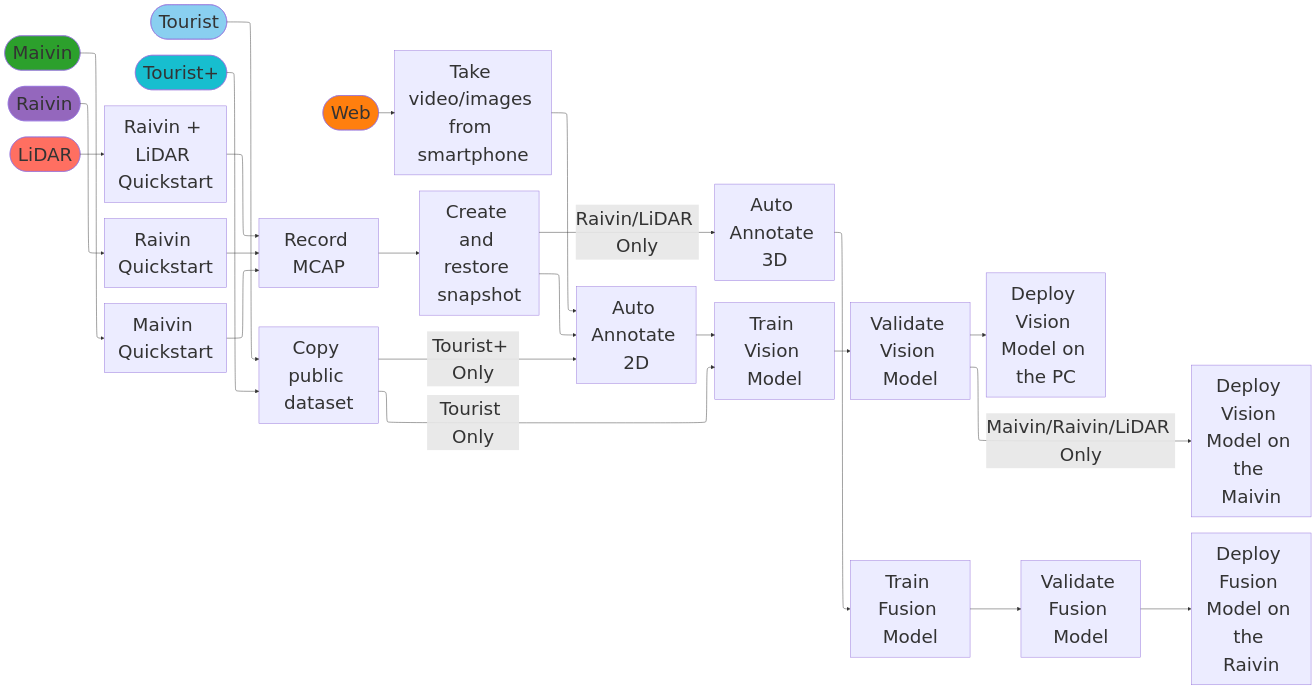
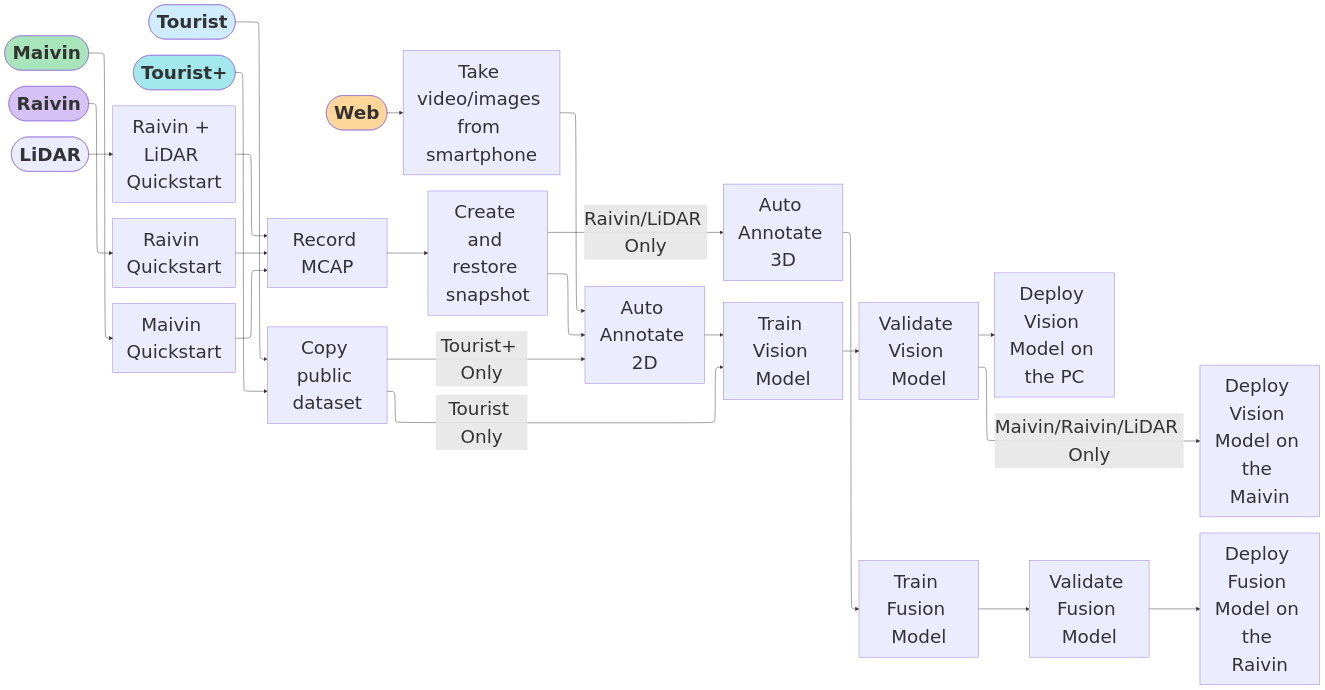
The second of 2 diagrams in docs/getting_started/workflows/index.md (EdgeFirstAI/documentation), drawn with Mermaid before and after one commit. The commit also changed other lines of this file and 1 other file, not shown here.

Commit message:
[DE-1941]: Updated flowchart colors to contrast more with the text to be much more visible.

````diff
--- a/docs/getting_started/workflows/index.md
+++ b/docs/getting_started/workflows/index.md
@@ -74,68 +75,68 @@
 ```mermaid
 %%{init: {"flowchart": {"defaultRenderer": "elk"}} }%%
 %%{init: {"themeVariables": { "fontSize": "40px" }}}%%
 flowchart LR
     %% User Definitions
     tourist([Tourist]):::blue
     tourist_plus([Tourist+]):::teal
     web_user([Web]):::orange
     maivin_user([Maivin]):::green
     raivin_user([Raivin]):::purple
     raivin_lidar_user([LiDAR]):::coral
 
-    classDef blue fill:#89cff0;
-    classDef teal fill:#17becf;
-    classDef orange fill:#ff7f0e;
-    classDef green fill:#2ca02c;
-    classDef purple fill:#9467bd;
-    classDef coral fill:#ff6f61;
-    classDef all fill:#CBAACB;
+    classDef blue fill:#d0ecff,font-weight:bold;
+    classDef teal fill:#a2e8ed,font-weight:bold;
+    classDef orange fill:#ffd699,font-weight:bold;
+    classDef green fill:#a9e5bb,font-weight:bold;
+    classDef purple fill:#d6c1f5,font-weight:bold;
+    classDef coral fill:#ffc2b,font-weight:bold;
+    classDef all fill:#f0e6f5,font-weight:bold;
 
     %% Hardware Definitions
     raivin_lidar_hardware[Raivin + LiDAR Quickstart]
     raivin_hardware[Raivin Quickstart]
     maivin_hardware[Maivin Quickstart]
 
     %% Dataset Definitions
     record_mcap[Record MCAP]
     capture[Take video/images from smartphone]
     snapshot[Create and restore snapshot]
     copy_dataset[Copy public dataset]
     audit_3d[Auto Annotate 3D]
     audit_2d[Auto Annotate 2D]
 
     %% Model Definitions [train, validate, deploy 2D and 3D]
     train_2d[Train Vision Model]
     validate_2d[Validate Vision Model]
     jupyter_2d[Deploy Vision Model on the PC]
     maivin_2d[Deploy Vision Model on the Maivin]
 
     train_3d[Train Fusion Model]
     validate_3d[Validate Fusion Model]
     raivin_3d[Deploy Fusion Model on the Raivin]
 
     %% Flowchart Starting Points
     raivin_lidar_user --> raivin_lidar_hardware --> record_mcap
     raivin_user --> raivin_hardware --> record_mcap
     maivin_user --> maivin_hardware --> record_mcap
     web_user --> capture
     tourist_plus --> copy_dataset
     tourist --> copy_dataset
 
     %% Flowchart Dataset Processes
     record_mcap --> snapshot 
     snapshot --> audit_2d --> train_2d
     snapshot --Raivin/LiDAR Only--> audit_3d --> train_3d
     capture --> audit_2d
     copy_dataset --Tourist+ Only--> audit_2d 
     copy_dataset --Tourist Only--> train_2d
 
     %% Flowchart Model Processes
     train_2d --> validate_2d 
     validate_2d --> jupyter_2d
     validate_2d --Maivin/Raivin/LiDAR Only--> maivin_2d
     train_3d --> validate_3d --> raivin_3d
 
     %% linkStyle 0 stroke:#ff6f61
     %% linkStyle 1 stroke:#ff6f61
 ```
````
